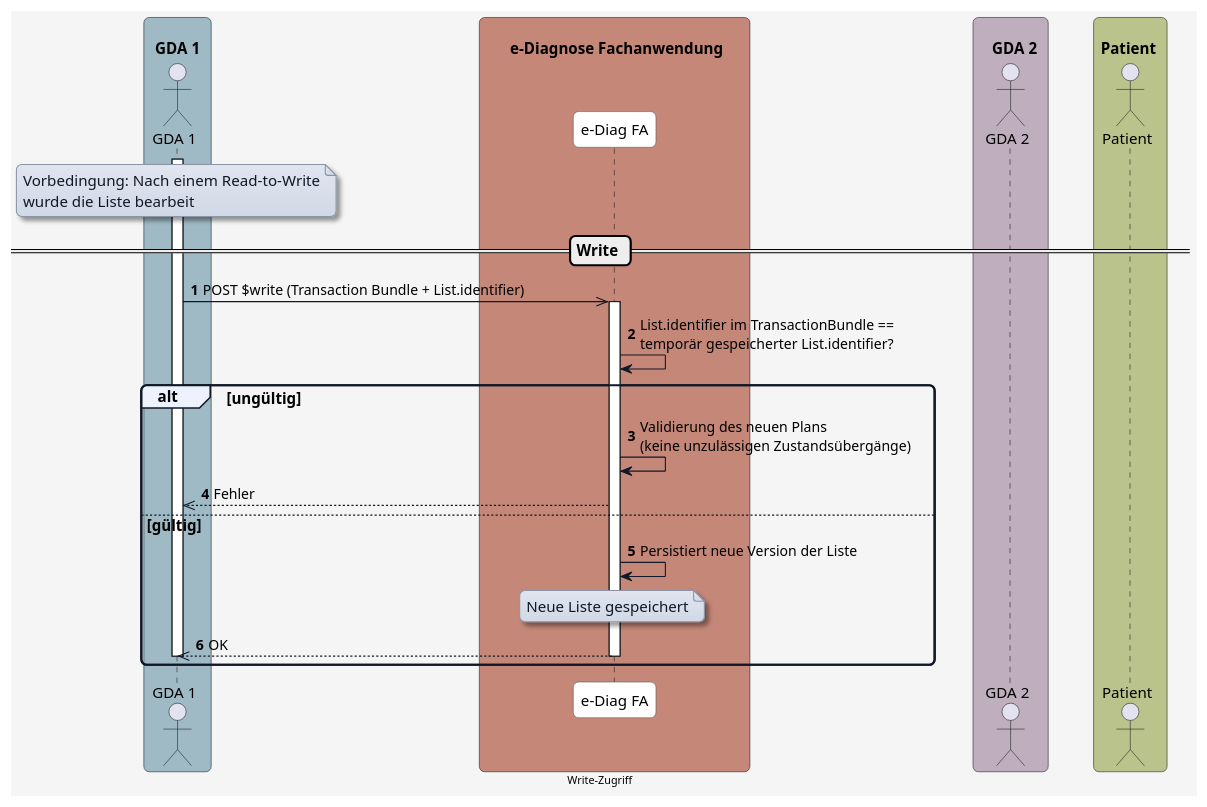
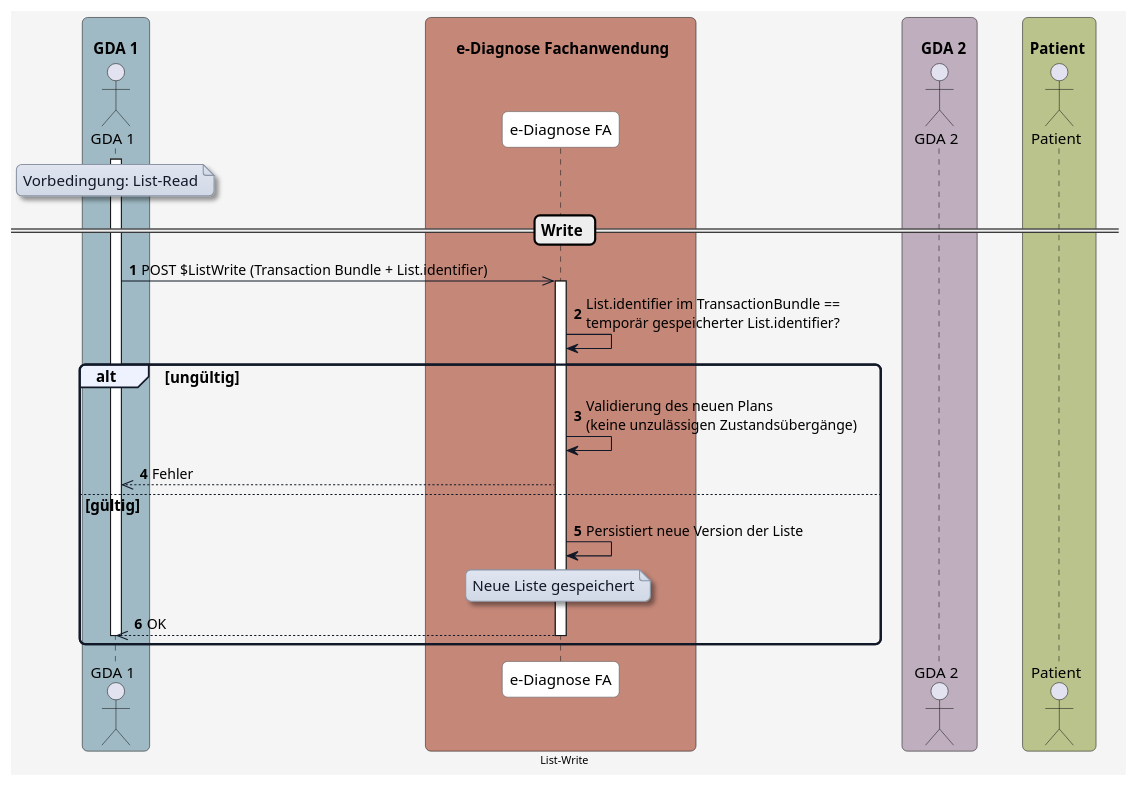
The diagram in plantuml/diagram_write.plantuml (HL7Austria/ELGA-e-Diagnose-R4), drawn with PlantUML before and after one commit. The commit also changed 3 other files, not shown here.

Commit message:
update write uml image

```diff
--- a/plantuml/diagram_write.plantuml
+++ b/plantuml/diagram_write.plantuml
@@ -1,93 +1,92 @@
 @startuml
 skinparam borderColor #000000
 skinparam backgroundColor #f5f5f5
 skinparam shadowing false
 skinparam roundCorner 10
 skinparam defaultFontName "Arial"
 skinparam defaultFontSize 14
 skinparam defaultFontColor #000000
 
 skinparam note {
   BackgroundColor #e0e5f0-#d1d9e6
   BorderColor #8b95a5
   BorderThickness 1
   RoundCorner 8
   Padding 6
   FontColor #111827
   Shadowing true
 }
 
 skinparam HyperlinkColor #0000EE
 skinparam HyperlinkUnderline false
 
 skinparam sequence {
   ParticipantBorderColor #555555
   ParticipantBackgroundColor #ffffff
   ParticipantFontColor #000000
   ParticipantFontSize 14
   ParticipantPadding 20
   ArrowColor #111827
   ArrowThickness 1
   ArrowFontColor #000000
   ArrowFontSize 13
   GroupBorderColor #111827
   GroupBackgroundColor #eef2ff
   GroupBorderThickness 2
 }
 
 skinparam BoxPadding 20
 skinparam BoxBorderColor #555555
 
 box "\n  GDA 1  " #9fbac4
   actor GDA_1 as "GDA 1"
 end box
 
 box "\n       e-Diagnose Fachanwendung      " #C48778
-  participant eDiag_FA as "e-Diag FA"
+  participant eDiag_FA as "e-Diagnose FA"
 end box
 
 box "\n    GDA 2  " #beaebe
   actor GDA_2 as "GDA 2"
 end box
 
 box "\n Patient  " #bac38b
   actor Patient as "Patient"
 end box
 
 
 autonumber
 
 activate GDA_1
 
 note over GDA_1
-Vorbedingung: Nach einem Read-to-Write
-wurde die Liste bearbeit
+Vorbedingung: List-Read
 end note
 
 == Write ==
 
-GDA_1 ->> eDiag_FA: POST $write (Transaction Bundle + List.identifier)
+GDA_1 ->> eDiag_FA: POST $ListWrite (Transaction Bundle + List.identifier)
 
 activate eDiag_FA
 eDiag_FA -> eDiag_FA: List.identifier im TransactionBundle ==\ntemporär gespeicherter List.identifier?
 
 alt ungültig 
   eDiag_FA -> eDiag_FA: Validierung des neuen Plans\n(keine unzulässigen Zustandsübergänge)
   eDiag_FA -->> GDA_1: Fehler 
   
 else gültig 
   eDiag_FA -> eDiag_FA: Persistiert neue Version der Liste
 
   note over eDiag_FA
   Neue Liste gespeichert
   end note
 
   eDiag_FA -->> GDA_1: OK
   deactivate GDA_1
   deactivate eDiag_FA
 end
 
-center footer Write-Zugriff
+center footer List-Write
 
 
 @enduml
```
